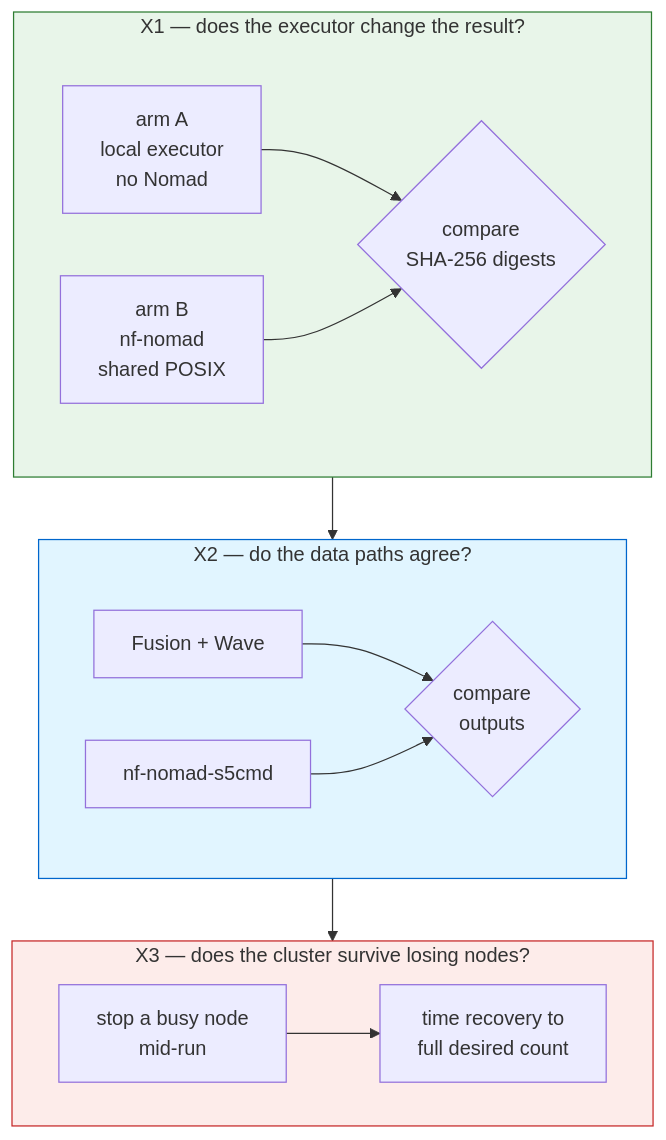
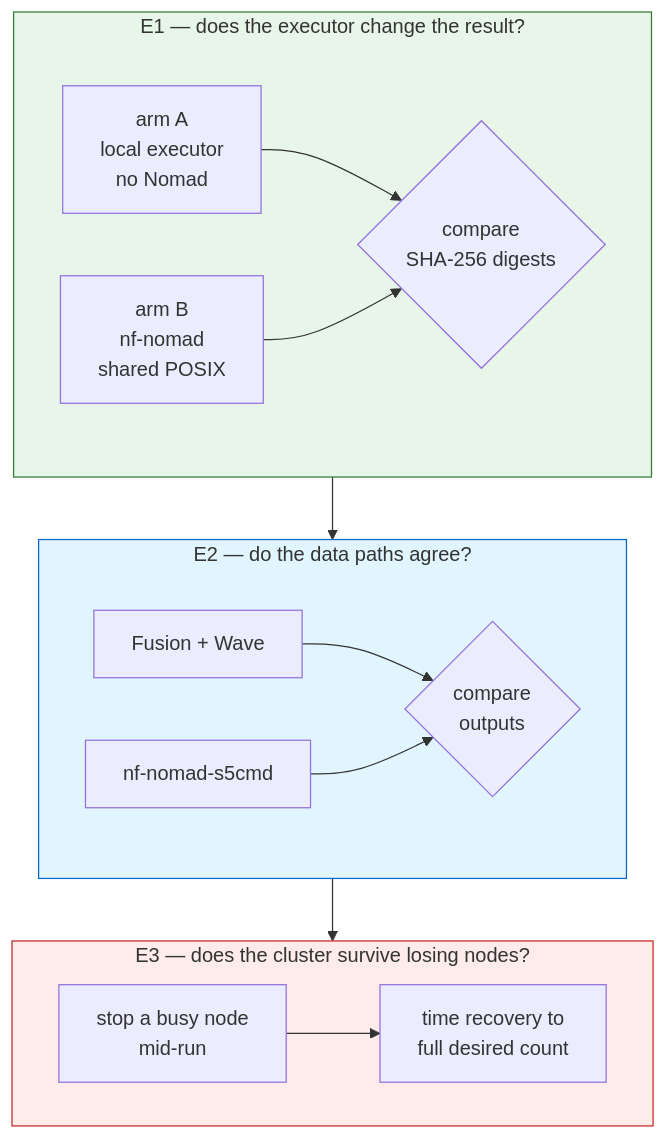
Before and after one commit to abhi18av-phd-projects/nf-nomad-manuscript-assets: the diagram in protocol/02-run-pipeline.md, drawn with Mermaid. The commit also changed other lines of this file and 46 other files, not shown here.

````diff
--- a/protocol/02-run-pipeline.md
+++ b/protocol/02-run-pipeline.md
@@ -16,21 +16,21 @@
 ```mermaid
 flowchart TB
-    subgraph X1["X1 — does the executor change the result?"]
+    subgraph E1["E1 — does the executor change the result?"]
         direction LR
         A1["arm A<br/>local executor<br/>no Nomad"] --> C1{"compare<br/>SHA-256 digests"}
         B1["arm B<br/>nf-nomad<br/>shared POSIX"] --> C1
     end
-    subgraph X2["X2 — do the data paths agree?"]
+    subgraph E2["E2 — do the data paths agree?"]
         direction LR
         A2["Fusion + Wave"] --> C2{"compare<br/>outputs"}
         B2["nf-nomad-s5cmd"] --> C2
     end
-    subgraph X3["X3 — does the cluster survive losing nodes?"]
+    subgraph E3["E3 — does the cluster survive losing nodes?"]
         direction LR
         K["stop a busy node<br/>mid-run"] --> M["time recovery to<br/>full desired count"]
     end
-    X1 --> X2 --> X3
-    style X1 fill:#e8f5e9,stroke:#2e7d32
-    style X2 fill:#e1f5ff,stroke:#0066cc
-    style X3 fill:#fdecea,stroke:#c62828
+    E1 --> E2 --> E3
+    style E1 fill:#e8f5e9,stroke:#2e7d32
+    style E2 fill:#e1f5ff,stroke:#0066cc
+    style E3 fill:#fdecea,stroke:#c62828
 ```
````
